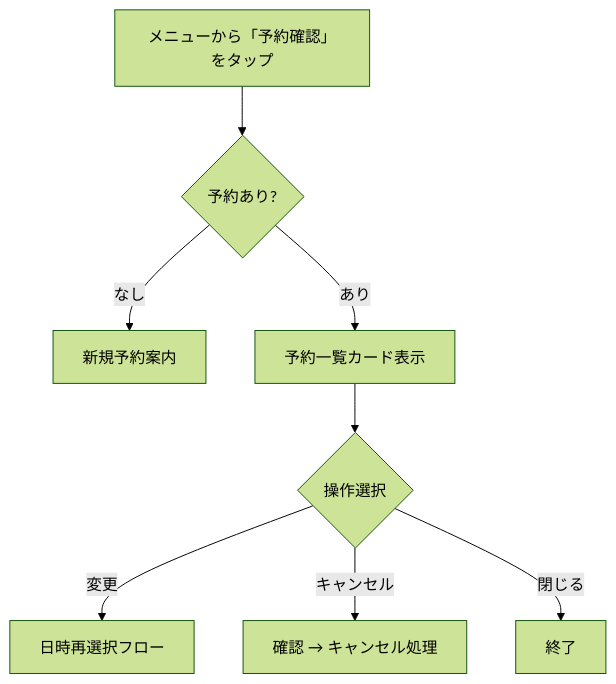
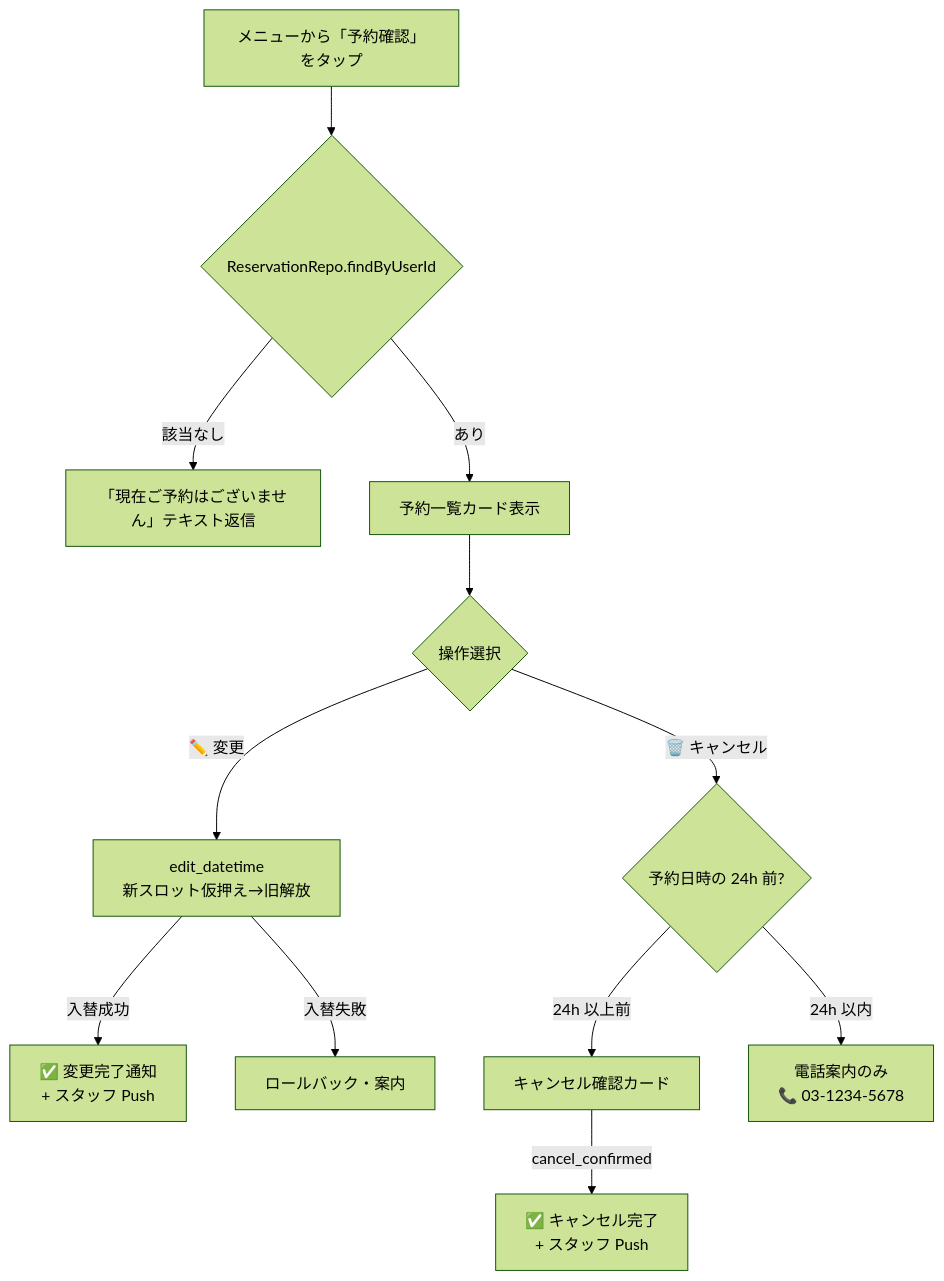
The fourth of 4 diagrams in README.md (tanasato118/gas-line-reservation-bot), drawn with Mermaid (forest theme) before and after one commit. The commit also changed other lines of this file, not shown here.

First line of the commit message:
docs(readme): fix Mermaid flow accuracy and sample conversation prompts to match implementation

````diff
--- a/README.md
+++ b/README.md
@@ -189,10 +188,14 @@
 ```mermaid
 flowchart TD
-    A[メニューから「予約確認」をタップ] --> B{予約あり?}
-    B -->|なし| C[新規予約案内]
+    A[メニューから「予約確認」をタップ] --> B{ReservationRepo.findByUserId}
+    B -->|該当なし| C[「現在ご予約はございません」テキスト返信]
     B -->|あり| D[予約一覧カード表示]
     D --> E{操作選択}
-    E -->|変更| F[日時再選択フロー]
-    E -->|キャンセル| G[確認 → キャンセル処理]
-    E -->|閉じる| H[終了]
+    E -->|✏️ 変更| F[edit_datetime<br/>新スロット仮押え→旧解放]
+    E -->|🗑️ キャンセル| G{予約日時の 24h 前?}
+    F -->|入替成功| H[✅ 変更完了通知<br/>+ スタッフ Push]
+    F -->|入替失敗| I[ロールバック・案内]
+    G -->|24h 以上前| J[キャンセル確認カード]
+    G -->|24h 以内| K[電話案内のみ<br/>📞 03-1234-5678]
+    J -->|cancel_confirmed| L[✅ キャンセル完了<br/>+ スタッフ Push]
 ```
````
